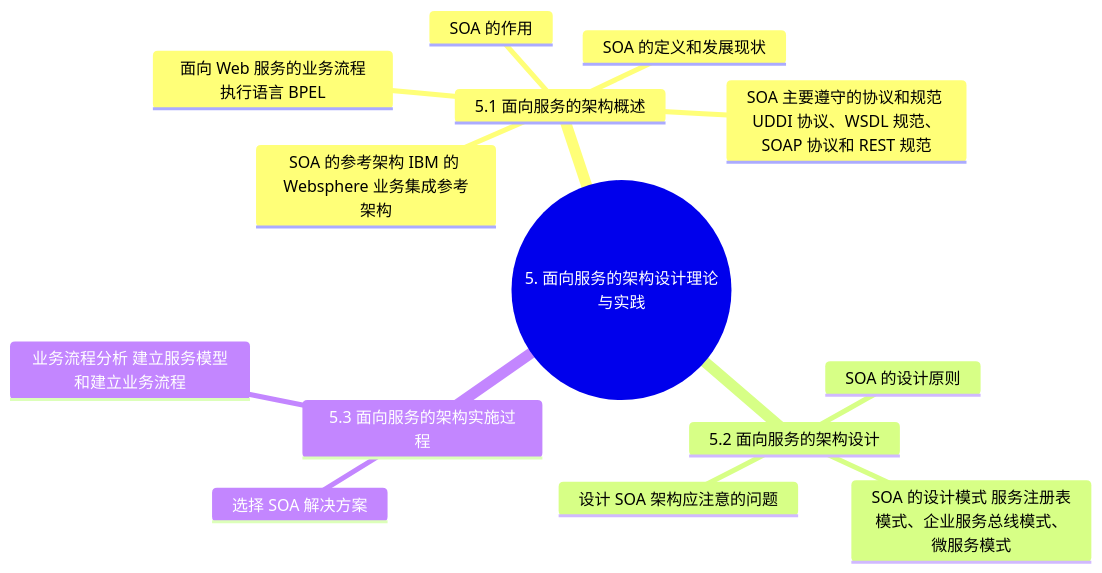
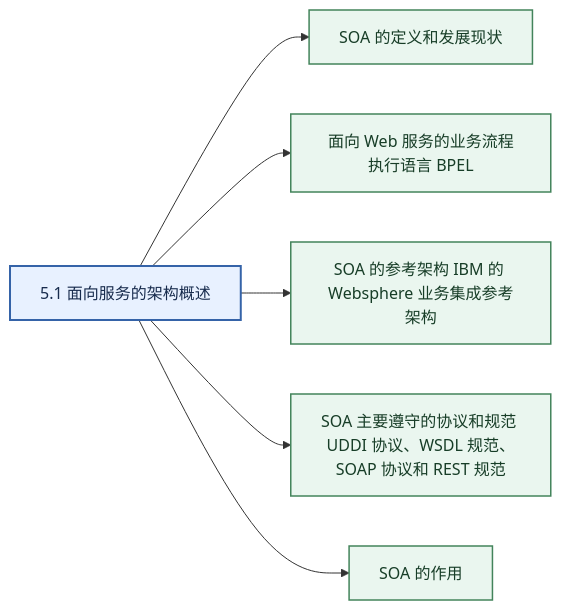
Before and after one commit to mingf423/ruankao: diagram 17 of 40 in docs/system-architecture-designer/01_官方大纲与考试政策/02_案例分析大纲脑图.md, drawn with Mermaid. The commit also changed other lines of this file, not shown here.

Commit message:
Improve Mermaid compatibility, color contrast, and diagram variety

````diff
--- a/docs/system-architecture-designer/01_官方大纲与考试政策/02_案例分析大纲脑图.md
+++ b/docs/system-architecture-designer/01_官方大纲与考试政策/02_案例分析大纲脑图.md
@@ -130,17 +391,23 @@
 ```mermaid
-mindmap
-  root((5. 面向服务的架构设计理论与实践))
-    5.1 面向服务的架构概述
-      SOA 的定义和发展现状
-      面向 Web 服务的业务流程执行语言 BPEL
-      SOA 的参考架构 IBM 的 Websphere 业务集成参考架构
-      SOA 主要遵守的协议和规范 UDDI 协议、WSDL 规范、SOAP 协议和 REST 规范
-      SOA 的作用
-    5.2 面向服务的架构设计
-      SOA 的设计原则
-      SOA 的设计模式 服务注册表模式、企业服务总线模式、微服务模式
-      设计 SOA 架构应注意的问题
-    5.3 面向服务的架构实施过程
-      选择 SOA 解决方案
-      业务流程分析 建立服务模型和建立业务流程
+flowchart LR
+  R["5.1 面向服务的架构概述"]
+  classDef root fill:#e8f1ff,stroke:#3563a8,color:#172b4d,stroke-width:2px;
+  classDef group fill:#eaf6ef,stroke:#43845b,color:#173d27,stroke-width:1.5px;
+  classDef item fill:#fff5df,stroke:#b7832f,color:#49330d,stroke-width:1px;
+  class R root;
+  N1["SOA 的定义和发展现状"]
+  R --> N1
+  class N1 group;
+  N2["面向 Web 服务的业务流程执行语言 BPEL"]
+  R --> N2
+  class N2 group;
+  N3["SOA 的参考架构 IBM 的 Websphere 业务集成参考架构"]
+  R --> N3
+  class N3 group;
+  N4["SOA 主要遵守的协议和规范 UDDI 协议、WSDL 规范、SOAP 协议和 REST 规范"]
+  R --> N4
+  class N4 group;
+  N5["SOA 的作用"]
+  R --> N5
+  class N5 group;
 ```
````
